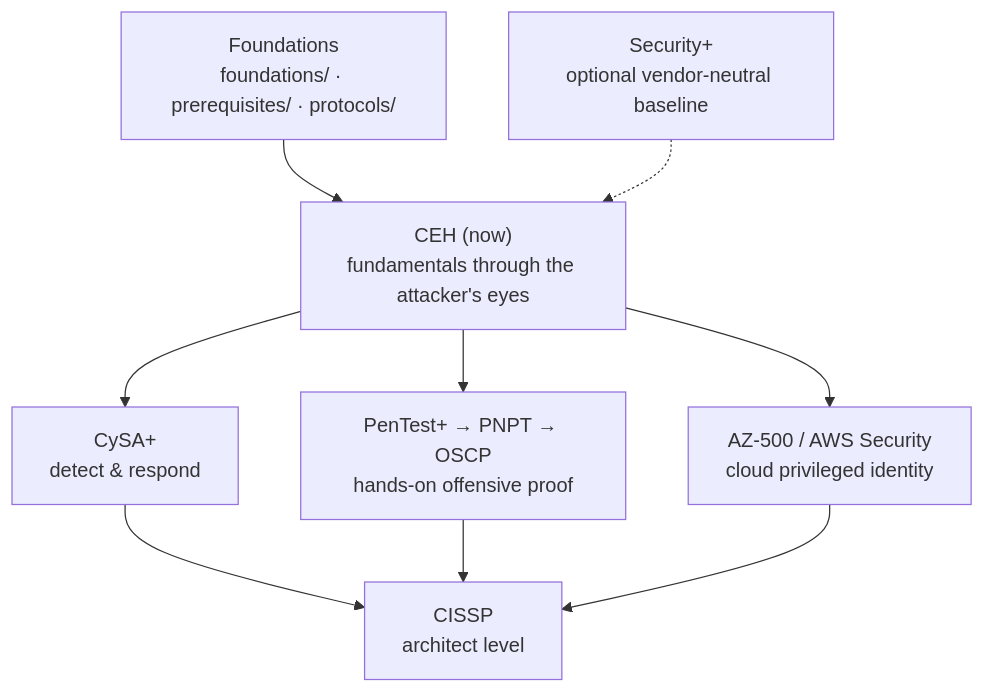
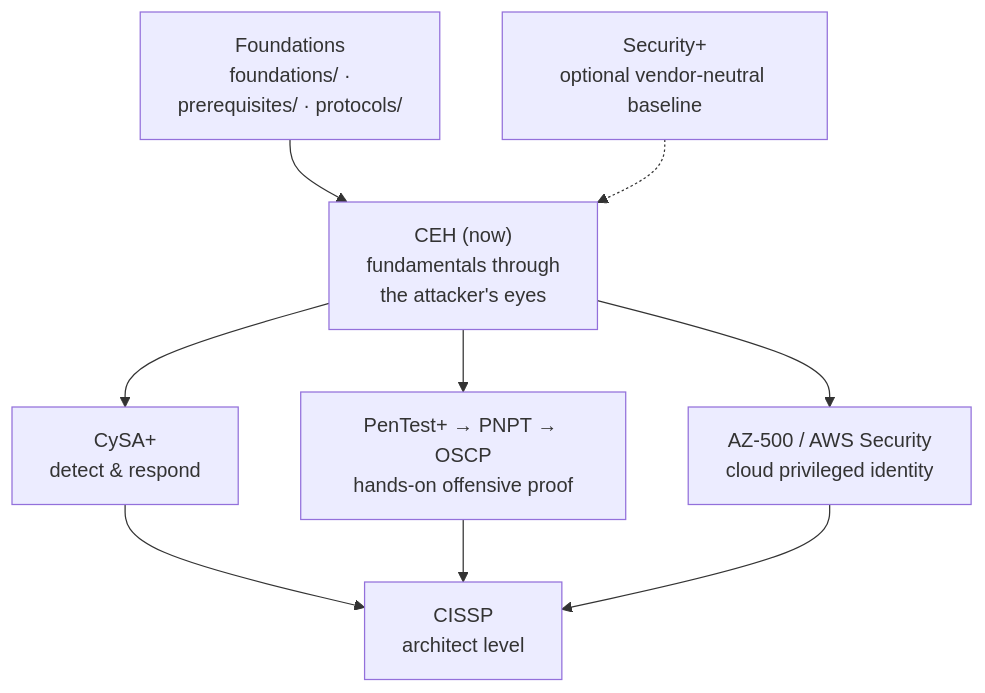
Before and after one commit to morandeirachema/CyberCerts: the second of 2 diagrams in learning/roadmap.md, drawn with Mermaid. The commit also changed 106 other files, not shown here.

````diff
--- a/learning/roadmap.md
+++ b/learning/roadmap.md
@@ -61,11 +61,11 @@
 ```mermaid
 flowchart TD
-    F["Foundations<br/>foundations/ · prerequisites/ · protocols/"] --> CEH["CEH (now)<br/>fundamentals through the attacker's eyes"]
+    F["Foundations<br/>foundations/ ·<br/>prerequisites/ · protocols/"] --> CEH["CEH (now)<br/>fundamentals through<br/>the attacker's eyes"]
     CEH --> SOC["CySA+<br/>detect & respond"]
     CEH --> OFF["PenTest+ → PNPT → OSCP<br/>hands-on offensive proof"]
     CEH --> CLOUD["AZ-500 / AWS Security<br/>cloud privileged identity"]
     SP["Security+<br/>optional vendor-neutral baseline"] -.-> CEH
     SOC --> ARCH["CISSP<br/>architect level"]
     OFF --> ARCH
     CLOUD --> ARCH
 ```
````
